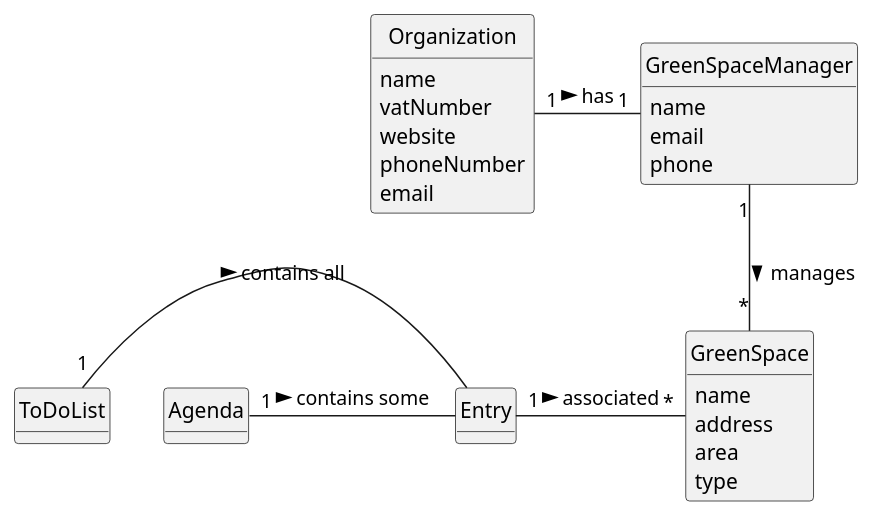
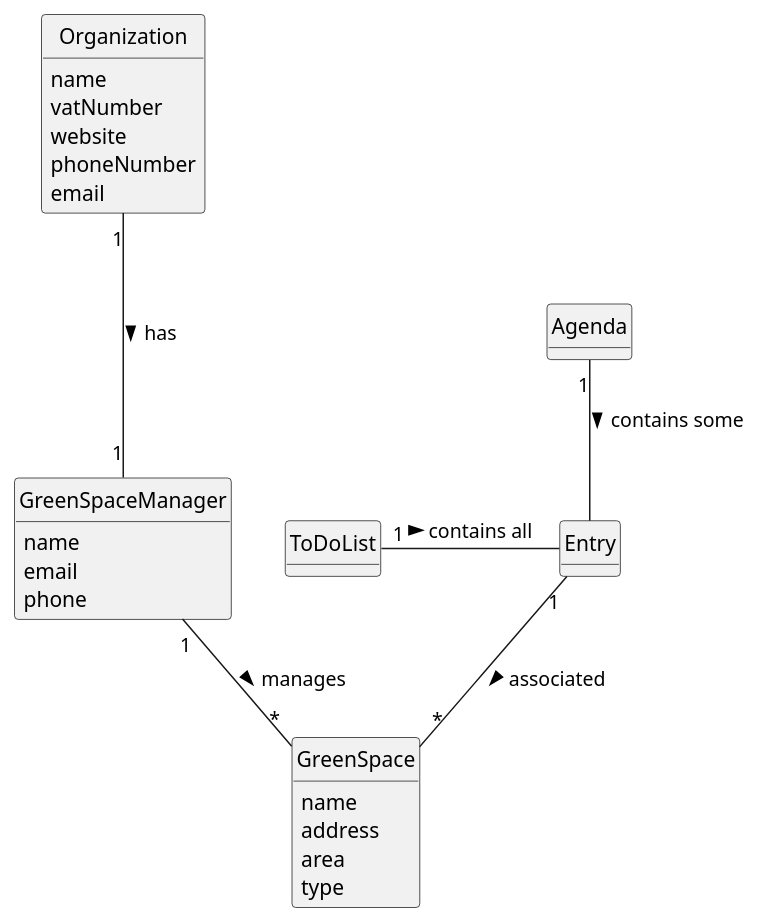
One commit to Departamento-de-Engenharia-Informatica/lei-24-s2-1dkl-g134 changed the diagram in docs/sprintC/us022/02.analysis/puml/us022-domain-model.puml. Above: the diagram before and after it, drawn with PlantUML.

Commit message:
US 22- update on analysis

```diff
--- a/docs/sprintC/us022/02.analysis/puml/us022-domain-model.puml
+++ b/docs/sprintC/us022/02.analysis/puml/us022-domain-model.puml
@@ -1,55 +1,55 @@
 @startuml
 skinparam monochrome true
 skinparam packageStyle rectangle
 skinparam shadowing false
 
 skinparam classAttributeIconSize 0
 
 hide circle
 hide methods
 
 
 class Organization {
     name
     vatNumber
     website
     phoneNumber
     email
 }
 
 class GreenSpace {
    name
    address
    area
    type
 }
 
 class Entry {
 
 }
 
 class GreenSpaceManager {
     name
     email
     phone
 }
 
 class Agenda{
 
 }
 
 class ToDoList{
 
 }
 
 
 
 
-Organization "1" - "1" GreenSpaceManager : has >
-Entry "1" - "*" GreenSpace: associated >
+Organization "1" --- "1" GreenSpaceManager : has >
+Entry "1" -- "*" GreenSpace: associated >
 GreenSpaceManager "1" -- "*" GreenSpace : manages >
 ToDoList "1" -  Entry : contains all >
-Agenda "1" -  Entry : contains some >
+Agenda "1" --  Entry : contains some >
 
 
 @enduml
```
